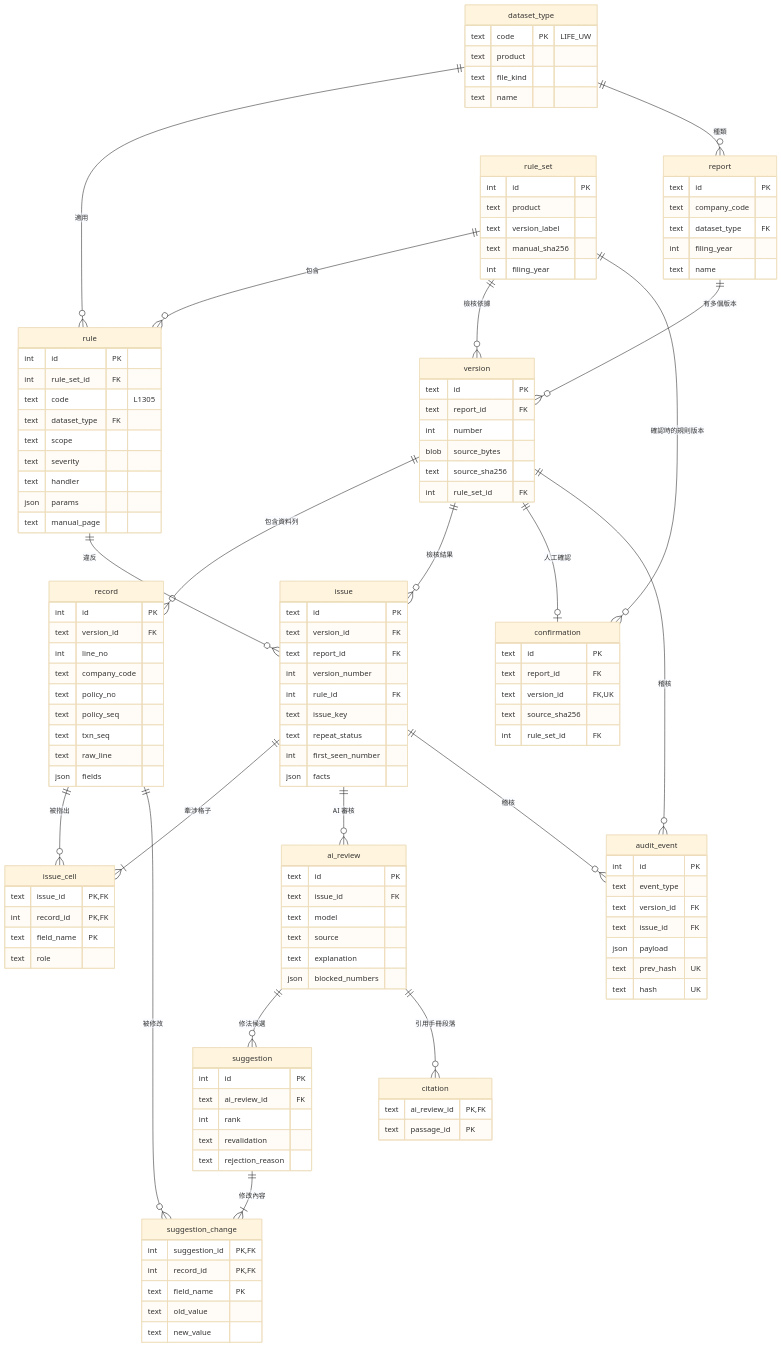
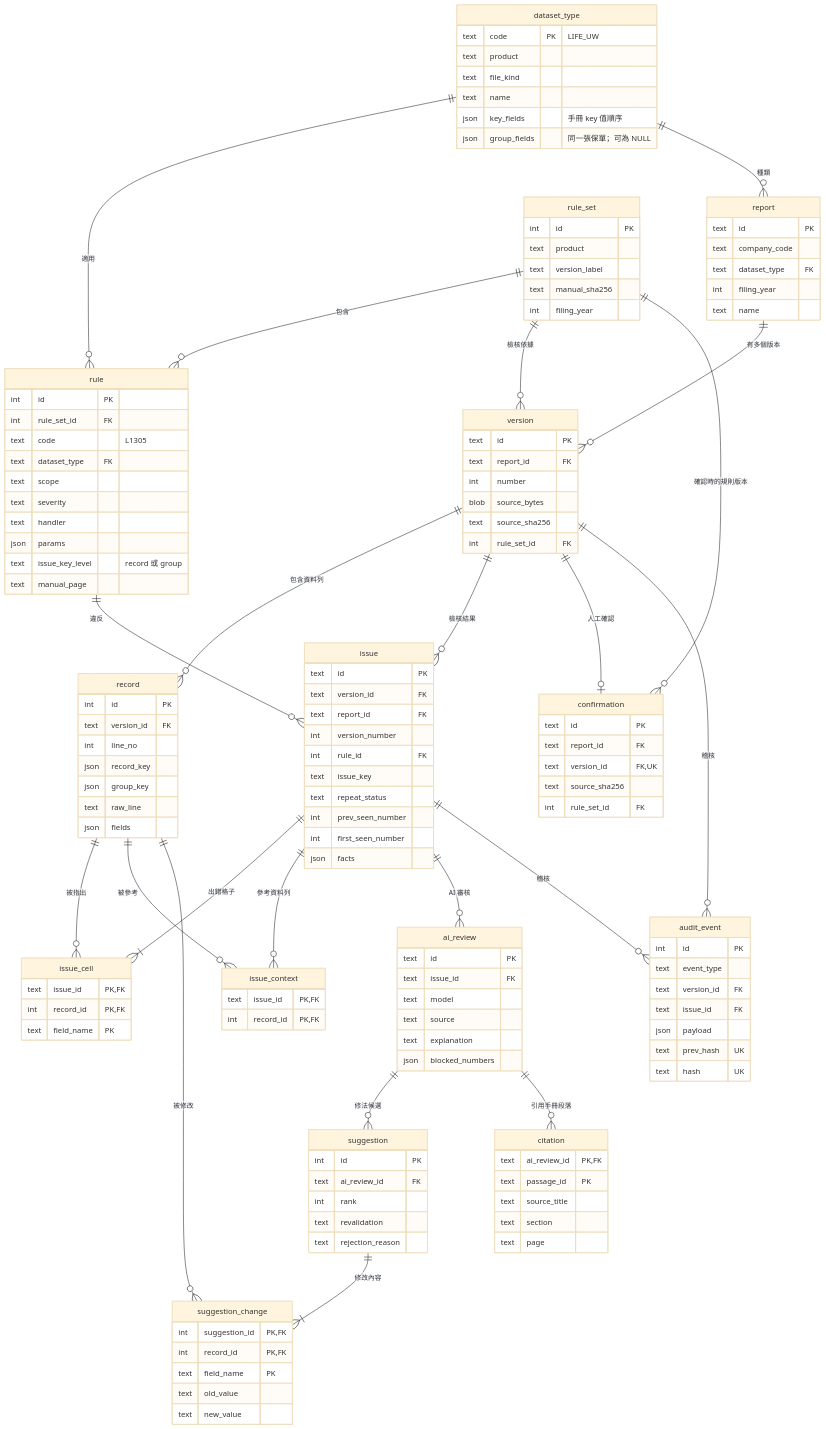
Before and after one commit to falltwo/once-wrong: the diagram in docs/database/schema-design.md, drawn with Mermaid (base theme). The commit also changed other lines of this file and 2 other files, not shown here.

First line of the commit message:
docs(database): key records per file type, add policy-level issue keys

```diff
--- a/docs/database/schema-design.md
+++ b/docs/database/schema-design.md
@@ -67,8 +71,10 @@
     version ||--o{ record : "包含資料列"
     version ||--o{ issue : "檢核結果"
     rule ||--o{ issue : "違反"
-    issue ||--|{ issue_cell : "牽涉格子"
+    issue ||--|{ issue_cell : "出錯格子"
     record ||--o{ issue_cell : "被指出"
+    issue ||--o{ issue_context : "參考資料列"
+    record ||--o{ issue_context : "被參考"
     issue ||--o{ ai_review : "AI 審核"
     ai_review ||--o{ suggestion : "修法候選"
     suggestion ||--|{ suggestion_change : "修改內容"
@@ -84,6 +90,8 @@
         text product
         text file_kind
         text name
+        json key_fields "手冊 key 值順序"
+        json group_fields "同一張保單；可為 NULL"
     }
     rule_set {
         int id PK
@@ -101,6 +109,7 @@
         text severity
         text handler
         json params
+        text issue_key_level "record 或 group"
         text manual_page
     }
     report {
@@ -122,10 +131,8 @@
         int id PK
         text version_id FK
         int line_no
-        text company_code
-        text policy_no
-        text policy_seq
-        text txn_seq
+        json record_key
+        json group_key
         text raw_line
         json fields
     }
@@ -137,6 +144,7 @@
         int rule_id FK
         text issue_key
         text repeat_status
+        int prev_seen_number
         int first_seen_number
         json facts
     }
@@ -144,7 +152,10 @@
         text issue_id PK,FK
         int record_id PK,FK
         text field_name PK
-        text role
+    }
+    issue_context {
+        text issue_id PK,FK
+        int record_id PK,FK
     }
     ai_review {
         text id PK
@@ -171,6 +182,9 @@
     citation {
         text ai_review_id PK,FK
         text passage_id PK
+        text source_title
+        text section
+        text page
     }
     confirmation {
         text id PK
```
